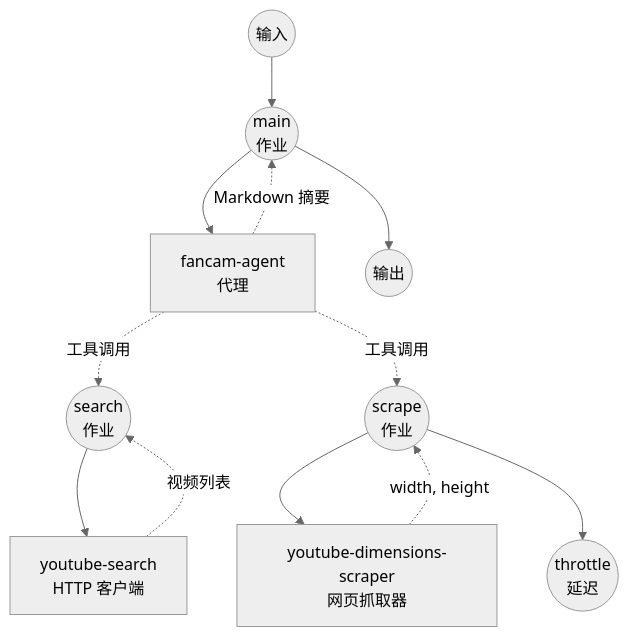
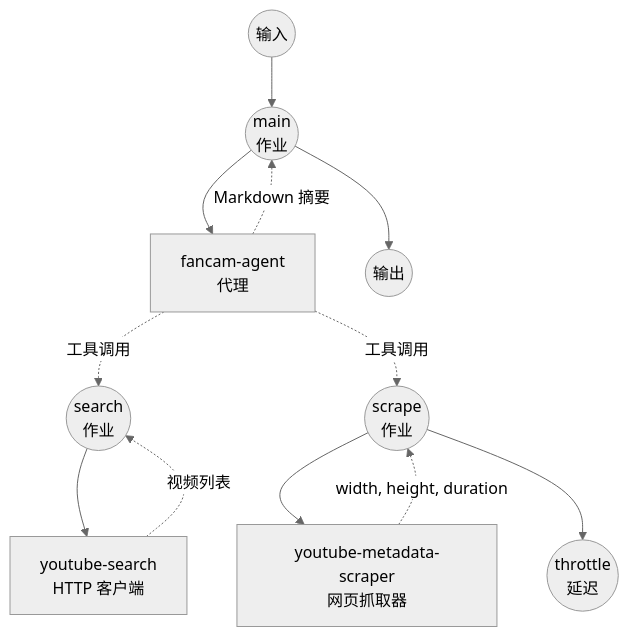
Before and after one commit to hanyeol/model-compose: the diagram in examples/agents/kpop-fancam-collector/README.zh-cn.md, drawn with Mermaid (neutral theme). The commit also changed other lines of this file and 3 other files, not shown here.

````diff
--- a/examples/agents/kpop-fancam-collector/README.zh-cn.md
+++ b/examples/agents/kpop-fancam-collector/README.zh-cn.md
@@ -142,30 +143,30 @@
 ```mermaid
 graph TD
     %% Jobs (circles)
     JM((main<br/>作业))
     JS((search<br/>作业))
     JD((scrape<br/>作业))
     JT((throttle<br/>延迟))
 
     %% Components (rectangles)
     CA[fancam-agent<br/>代理]
     CS[youtube-search<br/>HTTP 客户端]
-    CD[youtube-dimensions-scraper<br/>网页抓取器]
+    CD[youtube-metadata-scraper<br/>网页抓取器]
 
     %% main workflow
     Input((输入)) --> JM
     JM --> CA
     CA -.-> |Markdown 摘要| JM
     JM --> Output((输出))
 
     %% search-fancams (代理工具)
     CA -.-> |工具调用| JS
     JS --> CS
     CS -.-> |视频列表| JS
 
-    %% get-video-dimensions (代理工具)
+    %% get-video-metadata (代理工具)
     CA -.-> |工具调用| JD
     JD --> CD
-    CD -.-> |width, height| JD
+    CD -.-> |width, height, duration| JD
     JD --> JT
 ```
````
